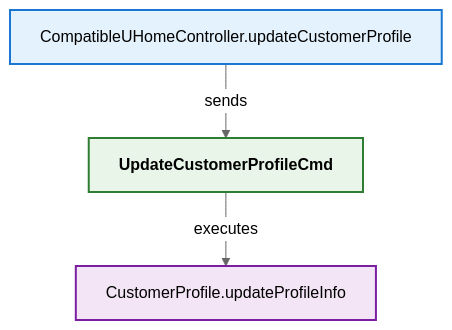
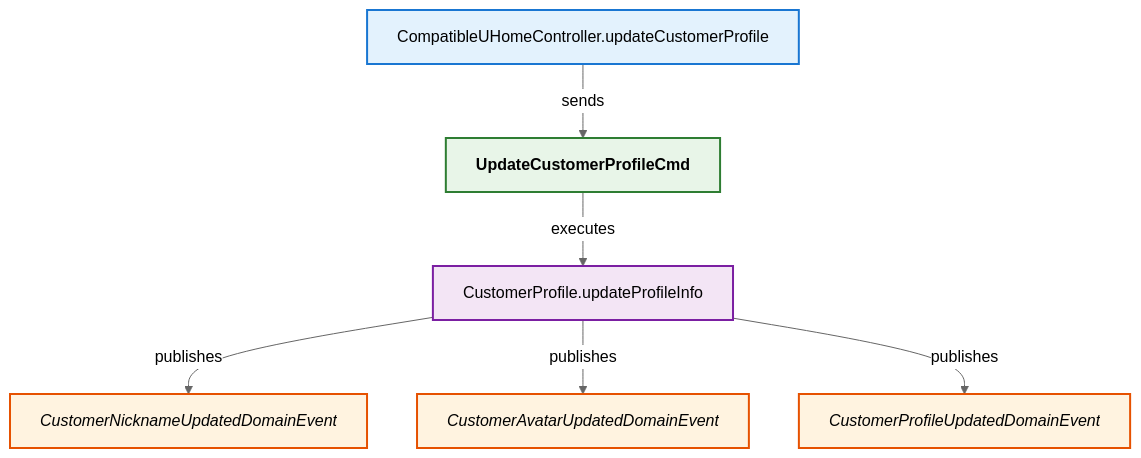
One commit to LDmoxeii/only-danmuku changed the diagram in analysis/CompatibleUHomeController_updateUserInfo.mmd. Above: the diagram before and after it, drawn with Mermaid (neutral theme).

Commit message:
feat(user): 更新用户信息并发布领域事件- 添加了用户昵称更新领域事件 - 添加了用户头像更新领域事件 - 添加了用户资料更新领域事件 - 在更新用户资料方法中发布了相关领域事件

```diff
--- a/analysis/CompatibleUHomeController_updateUserInfo.mmd
+++ b/analysis/CompatibleUHomeController_updateUserInfo.mmd
@@ -1,31 +1,40 @@
 flowchart TB
 
     N1["CompatibleUHomeController.updateCustomerProfile"]
     class N1 controllermethod;
 
     C1["UpdateCustomerProfileCmd"]
     class C1 command;
     A1["CustomerProfile.updateProfileInfo"]
     class A1 entitymethod;
+    E1["CustomerNicknameUpdatedDomainEvent"]
+    class E1 domainevent;
+    E2["CustomerAvatarUpdatedDomainEvent"]
+    class E2 domainevent;
+    E3["CustomerProfileUpdatedDomainEvent"]
+    class E3 domainevent;
 
     %% Relationships
     N1 -->|sends| C1
     C1 -->|executes| A1
+    A1 -->|publishes| E1
+    A1 -->|publishes| E2
+    A1 -->|publishes| E3
 
     %% Styles
     classDef controller fill:#e3f2fd,stroke:#1565c0,stroke-width:2px,font-weight:bold;
     classDef controllermethod fill:#e3f2fd,stroke:#1976d2,stroke-width:2px;
     classDef endpoint fill:#e3f2fd,stroke:#42a5f5,stroke-width:2px;
     classDef commandsender fill:#e3f2fd,stroke:#1565c0,stroke-width:2px,font-style:italic;
     classDef commandsendermethod fill:#e3f2fd,stroke:#1976d2,stroke-width:2px,font-style:italic;
     classDef command fill:#e8f5e8,stroke:#2e7d32,stroke-width:2px,font-weight:bold;
     classDef commandhandler fill:#e8f5e8,stroke:#388e3c,stroke-width:2px,font-weight:bold;
     classDef aggregate fill:#fff8e1,stroke:#ff8f00,stroke-width:3px,font-weight:bold;
     classDef entitymethod fill:#f3e5f5,stroke:#7b1fa2,stroke-width:2px;
     classDef domainevent fill:#fff3e0,stroke:#e65100,stroke-width:2px,font-style:italic;
     classDef domaineventhandler fill:#fff3e0,stroke:#ef6c00,stroke-width:2px,font-weight:bold;
     classDef integrationevent fill:#fce4ec,stroke:#880e4f,stroke-width:2px;
     classDef integrationeventhandler fill:#fce4ec,stroke:#ad1457,stroke-width:2px,font-weight:bold;
     classDef integrationeventconverter fill:#e3f2fd,stroke:#0277bd,stroke-width:2px;
     classDef repo fill:#d6dbdf,stroke:#85929e,stroke-width:2px;
     classDef uow fill:#f2f4f4,stroke:#7f8c8d,stroke-width:2px;
```
